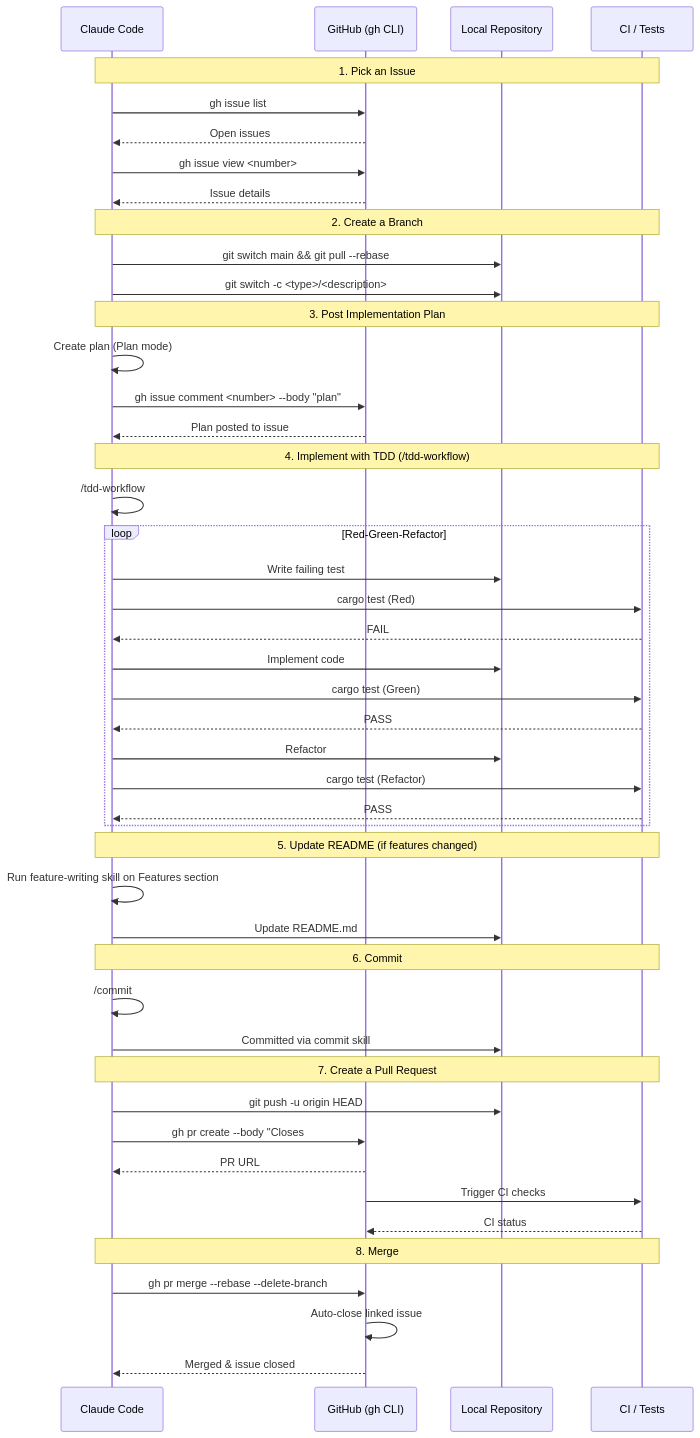
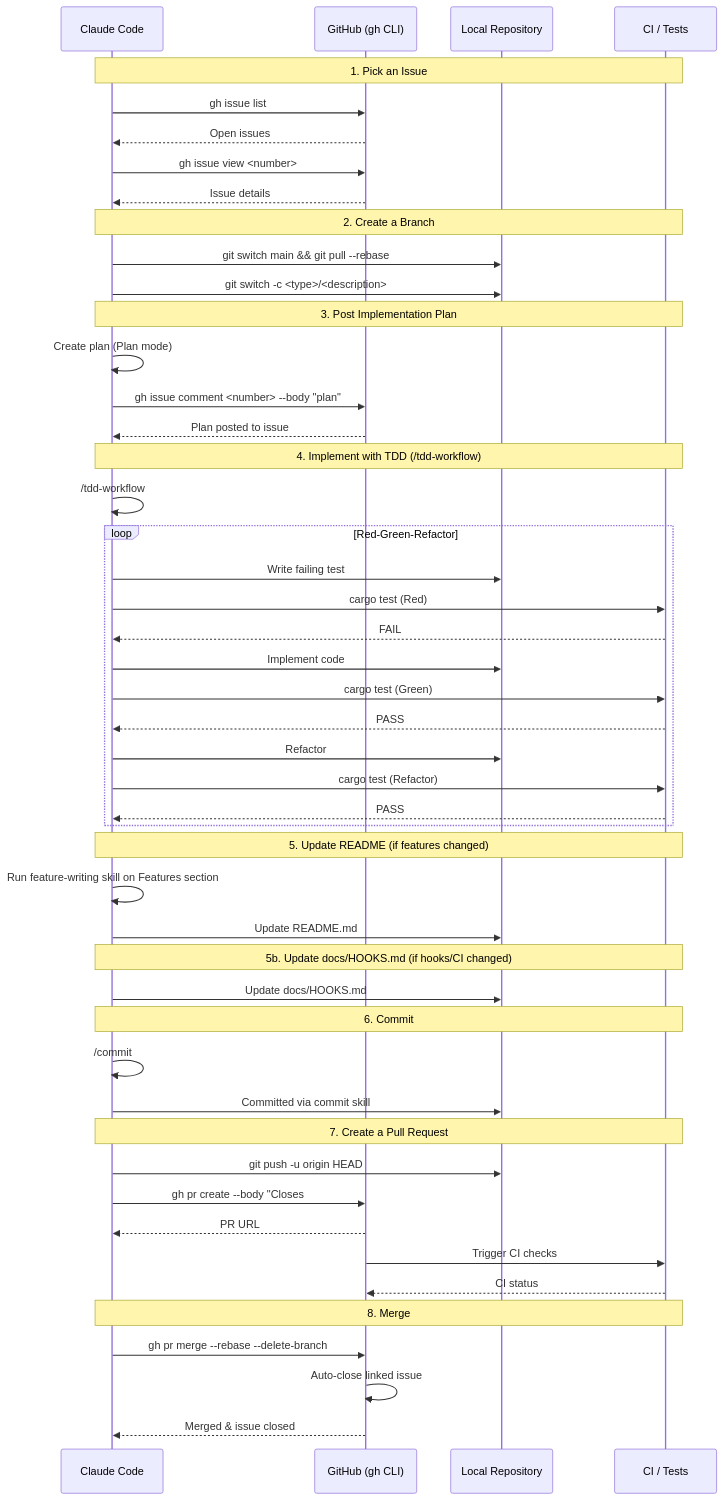
Before and after one commit to sotayamashita/todox: the diagram in docs/DEVELOPMENT_WORKFLOW.md, drawn with Mermaid. The commit also changed other lines of this file and 1 other file, not shown here.

Commit message:
docs(hooks): add hook integration recipes for git, CI, and Claude Code (#100)

````diff
--- a/docs/DEVELOPMENT_WORKFLOW.md
+++ b/docs/DEVELOPMENT_WORKFLOW.md
@@ -7,56 +7,59 @@
 ```mermaid
 sequenceDiagram
     participant Dev as Claude Code
     participant GH as GitHub (gh CLI)
     participant Repo as Local Repository
     participant CI as CI / Tests
 
     Note over Dev,CI: 1. Pick an Issue
     Dev->>GH: gh issue list
     GH-->>Dev: Open issues
     Dev->>GH: gh issue view <number>
     GH-->>Dev: Issue details
 
     Note over Dev,CI: 2. Create a Branch
     Dev->>Repo: git switch main && git pull --rebase
     Dev->>Repo: git switch -c <type>/<description>
 
     Note over Dev,CI: 3. Post Implementation Plan
     Dev->>Dev: Create plan (Plan mode)
     Dev->>GH: gh issue comment <number> --body "plan"
     GH-->>Dev: Plan posted to issue
 
     Note over Dev,CI: 4. Implement with TDD (/tdd-workflow)
     Dev->>Dev: /tdd-workflow
     loop Red-Green-Refactor
         Dev->>Repo: Write failing test
         Dev->>CI: cargo test (Red)
         CI-->>Dev: FAIL
         Dev->>Repo: Implement code
         Dev->>CI: cargo test (Green)
         CI-->>Dev: PASS
         Dev->>Repo: Refactor
         Dev->>CI: cargo test (Refactor)
         CI-->>Dev: PASS
     end
 
     Note over Dev,CI: 5. Update README (if features changed)
     Dev->>Dev: Run feature-writing skill on Features section
     Dev->>Repo: Update README.md
 
+    Note over Dev,CI: 5b. Update docs/HOOKS.md (if hooks/CI changed)
+    Dev->>Repo: Update docs/HOOKS.md
+
     Note over Dev,CI: 6. Commit
     Dev->>Dev: /commit
     Dev->>Repo: Committed via commit skill
 
     Note over Dev,CI: 7. Create a Pull Request
     Dev->>Repo: git push -u origin HEAD
     Dev->>GH: gh pr create --body "Closes #N"
     GH-->>Dev: PR URL
     GH->>CI: Trigger CI checks
     CI-->>GH: CI status
 
     Note over Dev,CI: 8. Merge
     Dev->>GH: gh pr merge --rebase --delete-branch
     GH->>GH: Auto-close linked issue
     GH-->>Dev: Merged & issue closed
 ```
````
